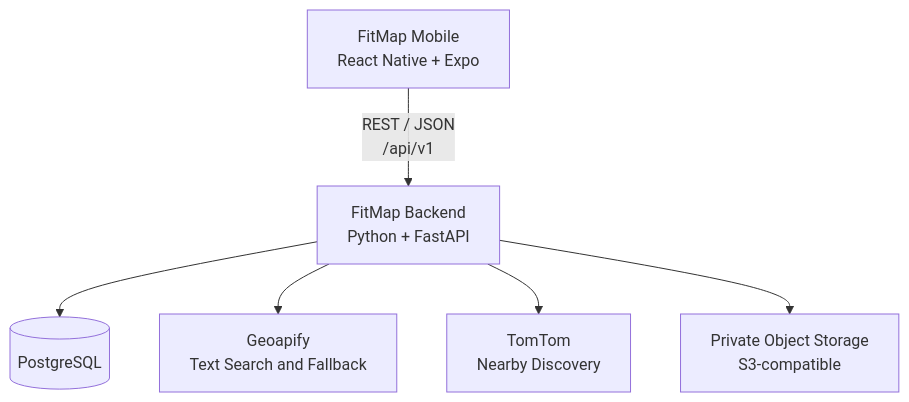
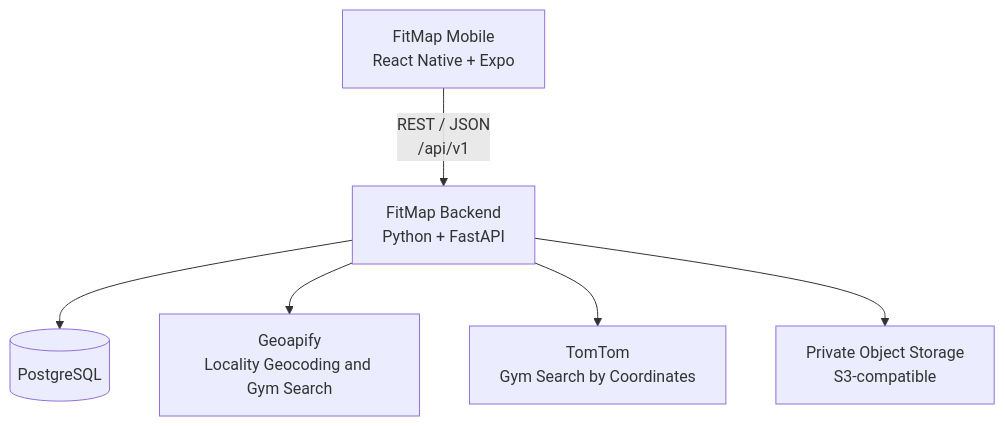
The diagram in README.md (gumautoni/fitmap-mobile), drawn with Mermaid before and after one commit. The commit also changed other lines of this file and 2 other files, not shown here.

````diff
--- a/README.md
+++ b/README.md
@@ -293,15 +293,15 @@
 ```mermaid
 flowchart TD
     Mobile["FitMap Mobile<br/>React Native + Expo"]
     API["FitMap Backend<br/>Python + FastAPI"]
     DB[("PostgreSQL")]
-    Geoapify["Geoapify<br/>Text Search and Fallback"]
-    TomTom["TomTom<br/>Nearby Discovery"]
+    Geoapify["Geoapify<br/>Locality Geocoding and Gym Search"]
+    TomTom["TomTom<br/>Gym Search by Coordinates"]
     Storage["Private Object Storage<br/>S3-compatible"]
 
     Mobile -->|"REST / JSON<br/>/api/v1"| API
     API --> DB
     API --> Geoapify
     API --> TomTom
     API --> Storage
 ```
````
